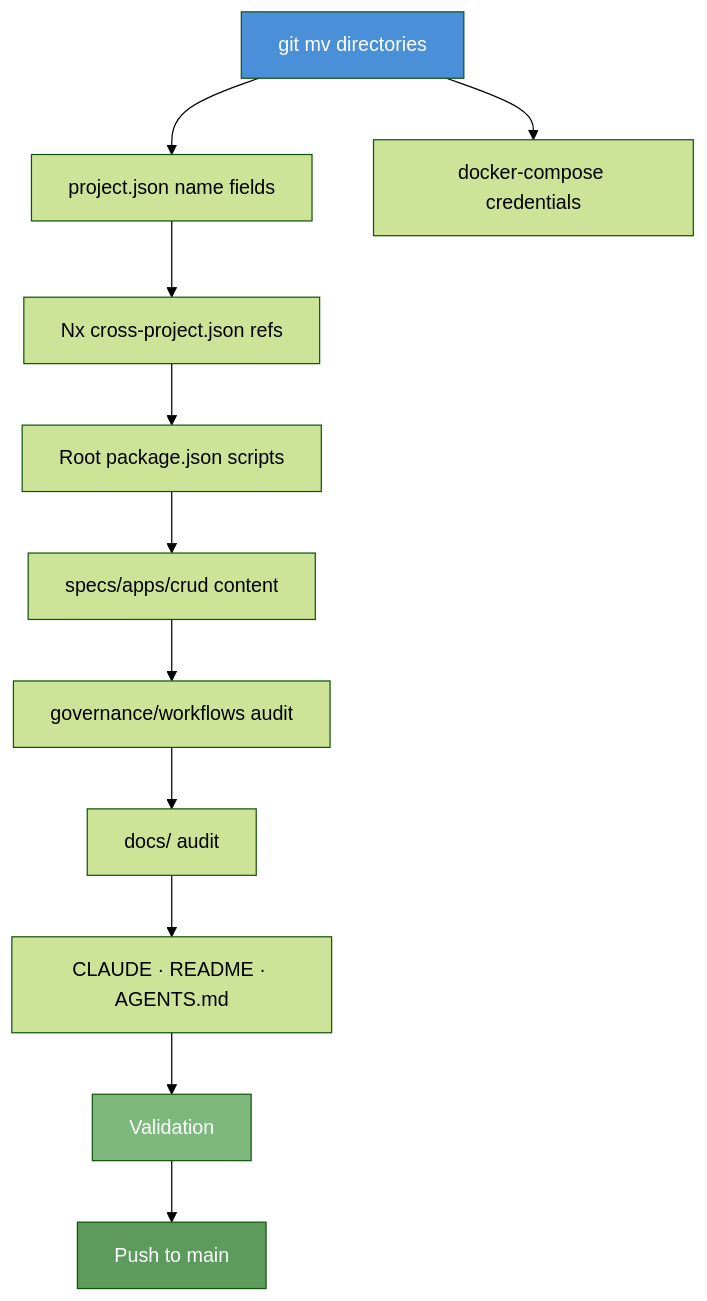
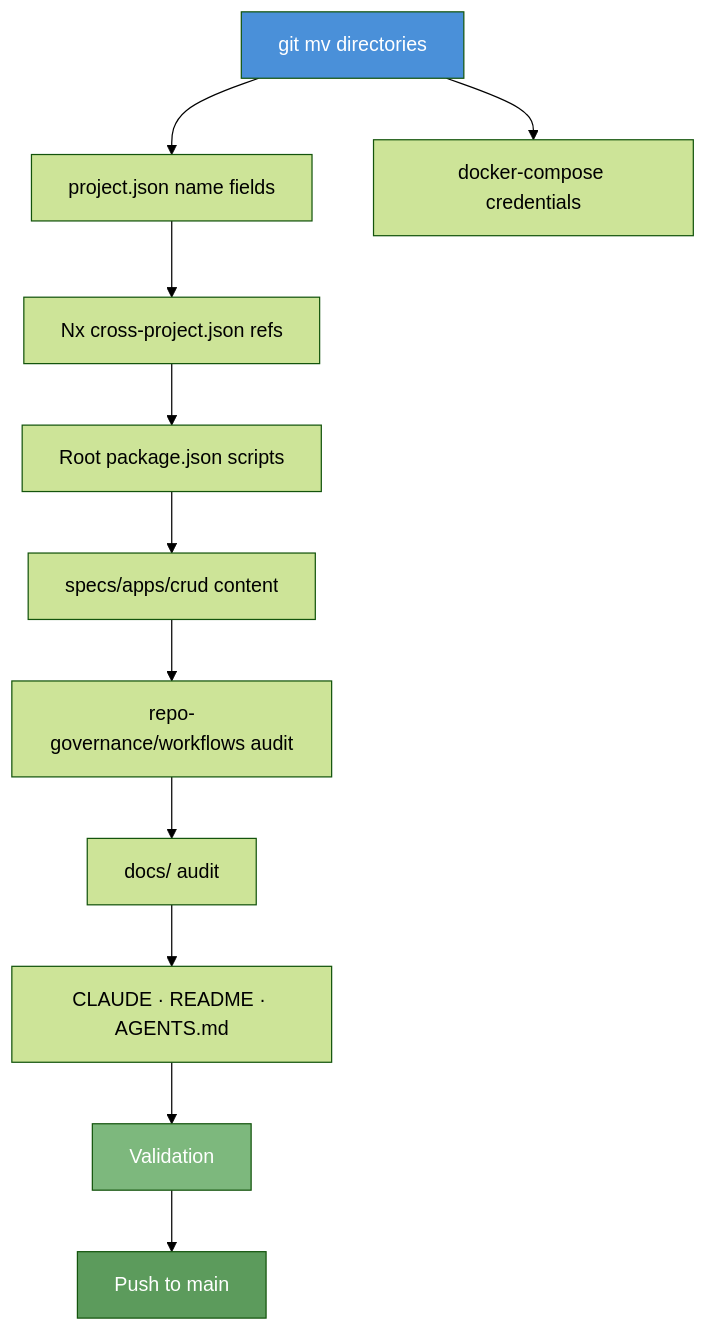
Before and after one commit to wahidyankf/ose-primer: the diagram in plans/done/2026-04-27__rename-demo-to-crud/tech-docs.md, drawn with Mermaid (forest theme). The commit also changed other lines of this file and 464 other files, not shown here.

First line of the commit message:
refactor(governance): rename governance/ to repo-governance/

````diff
--- a/plans/done/2026-04-27__rename-demo-to-crud/tech-docs.md
+++ b/plans/done/2026-04-27__rename-demo-to-crud/tech-docs.md
@@ -66,17 +66,17 @@
 ```mermaid
 flowchart TD
     A[git mv directories] --> B[project.json name fields]
     A --> C[docker-compose credentials]
     B --> D[Nx cross-project.json refs]
     D --> E[Root package.json scripts]
     E --> F[specs/apps/crud content]
-    F --> G[governance/workflows audit]
+    F --> G[repo-governance/workflows audit]
     G --> H[docs/ audit]
     H --> I[CLAUDE · README · AGENTS.md]
     I --> J[Validation]
     J --> K[Push to main]
 
     style A fill:#4A90D9,color:#fff
     style J fill:#7DB87D,color:#fff
     style K fill:#5C9B5C,color:#fff
 ```
````
